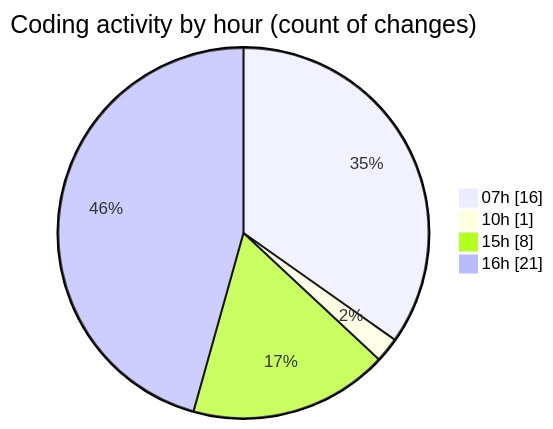
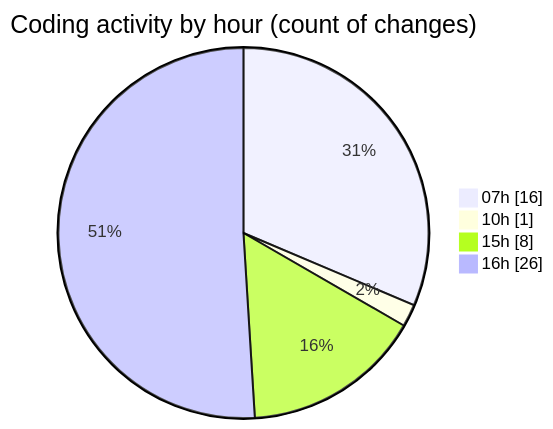
One commit to robertbonfada/code-tracking changed the second of 2 diagrams in 2025-03-07/mbc-web/README.md. Above: the diagram before and after it, drawn with Mermaid. The commit also changed other lines of this file and 1 other file, not shown here.

````diff
--- a/2025-03-07/mbc-web/README.md
+++ b/2025-03-07/mbc-web/README.md
@@ -39,8 +40,8 @@
 ```mermaid
 pie showData
 title Coding activity by hour (count of changes)
 "07h" : 16
 "10h" : 1
 "15h" : 8
-"16h" : 21
+"16h" : 26
 ```
````
